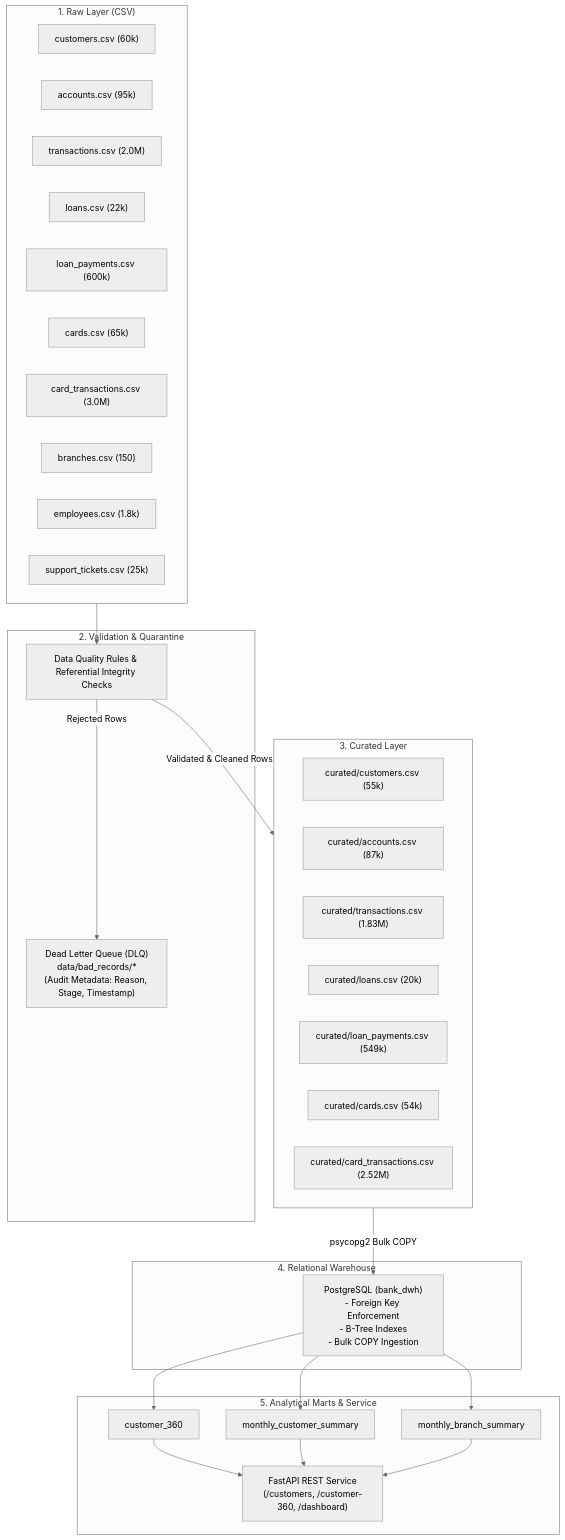
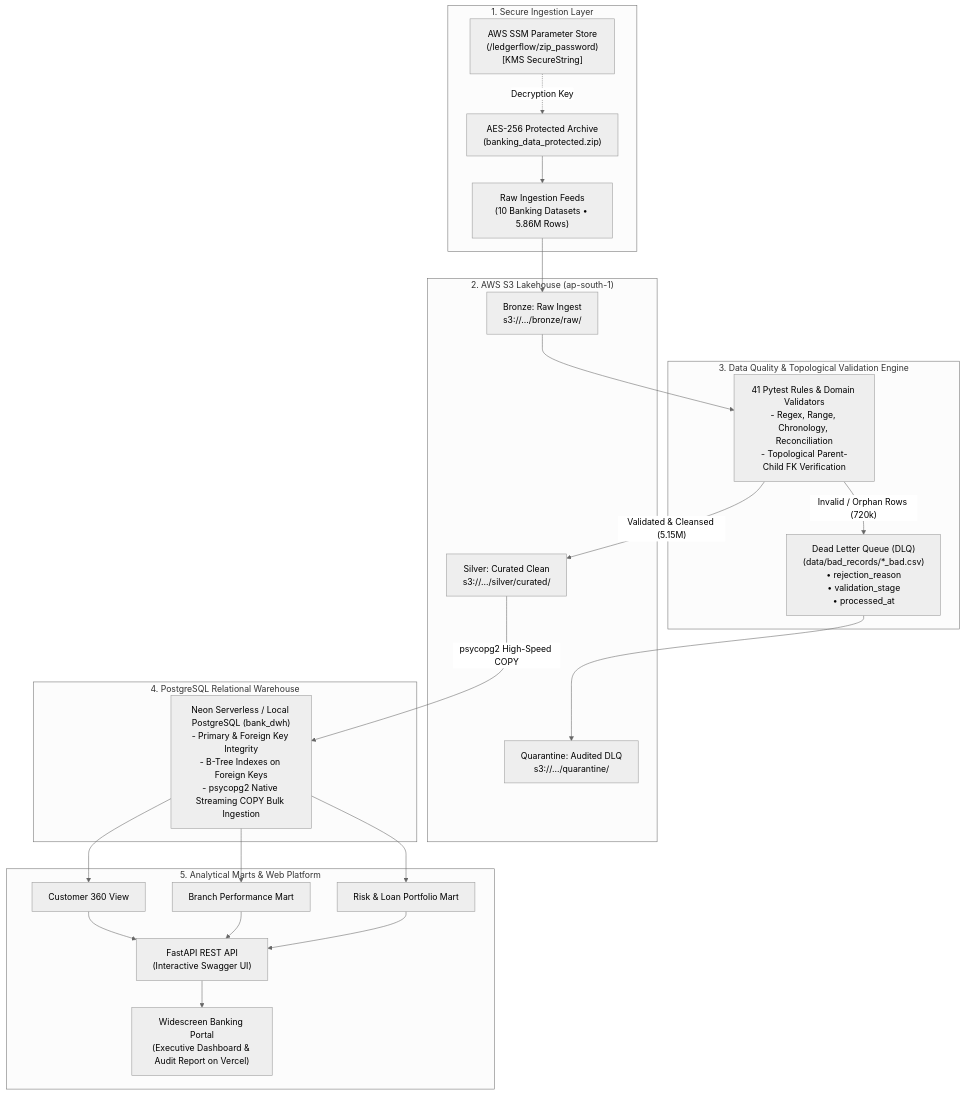
Before and after one commit to Spidey173/LedgerFlow: the diagram in README.md, drawn with Mermaid (neutral theme). The commit also changed other lines of this file and 1 other file, not shown here.

Commit message:
docs: overhaul README with fresher interview cheatsheet, AWS SSM security, and live portals

````diff
--- a/README.md
+++ b/README.md
@@ -54,50 +92,43 @@
 ```mermaid
 flowchart TD
-    subgraph L1["1. Raw Layer (CSV)"]
-        R1["customers.csv (60k)"]
-        R2["accounts.csv (95k)"]
-        R3["transactions.csv (2.0M)"]
-        R4["loans.csv (22k)"]
-        R5["loan_payments.csv (600k)"]
-        R6["cards.csv (65k)"]
-        R7["card_transactions.csv (3.0M)"]
-        R8["branches.csv (150)"]
-        R9["employees.csv (1.8k)"]
-        R10["support_tickets.csv (25k)"]
+    subgraph Ingestion["1. Secure Ingestion Layer"]
+        ZIP["AES-256 Protected Archive\n(banking_data_protected.zip)"]
+        SSM["AWS SSM Parameter Store\n(/ledgerflow/zip_password)\n[KMS SecureString]"]
+        RAW["Raw Ingestion Feeds\n(10 Banking Datasets • 5.86M Rows)"]
+        SSM -.->|Decryption Key| ZIP
+        ZIP --> RAW
     end
 
-    subgraph L2["2. Validation & Quarantine"]
-        V["Data Quality Rules & Referential Integrity Checks"]
-        DLQ["Dead Letter Queue (DLQ)\ndata/bad_records/*\n(Audit Metadata: Reason, Stage, Timestamp)"]
+    subgraph Lakehouse["2. AWS S3 Lakehouse (ap-south-1)"]
+        S3B["Bronze: Raw Ingest\ns3://.../bronze/raw/"]
+        S3S["Silver: Curated Clean\ns3://.../silver/curated/"]
+        S3Q["Quarantine: Audited DLQ\ns3://.../quarantine/"]
     end
 
-    subgraph L3["3. Curated Layer"]
-        C1["curated/customers.csv (55k)"]
-        C2["curated/accounts.csv (87k)"]
-        C3["curated/transactions.csv (1.83M)"]
-        C4["curated/loans.csv (20k)"]
-        C5["curated/loan_payments.csv (549k)"]
-        C6["curated/cards.csv (54k)"]
-        C7["curated/card_transactions.csv (2.52M)"]
+    subgraph Validation["3. Data Quality & Topological Validation Engine"]
+        VAL["41 Pytest Rules & Domain Validators\n- Regex, Range, Chronology, Reconciliation\n- Topological Parent-Child FK Verification"]
+        DLQ["Dead Letter Queue (DLQ)\n(data/bad_records/*_bad.csv)\n• rejection_reason\n• validation_stage\n• processed_at"]
     end
 
-    subgraph L4["4. Relational Warehouse"]
-        PG["PostgreSQL (bank_dwh)\n- Foreign Key Enforcement\n- B-Tree Indexes\n- Bulk COPY Ingestion"]
+    subgraph Warehouse["4. PostgreSQL Relational Warehouse"]
+        PG["Neon Serverless / Local PostgreSQL (bank_dwh)\n- Primary & Foreign Key Integrity\n- B-Tree Indexes on Foreign Keys\n- psycopg2 Native Streaming COPY Bulk Ingestion"]
     end
 
-    subgraph L5["5. Analytical Marts & Service"]
-        M1["customer_360"]
-        M2["monthly_customer_summary"]
-        M3["monthly_branch_summary"]
-        API["FastAPI REST Service\n(/customers, /customer-360, /dashboard)"]
+    subgraph Serving["5. Analytical Marts & Web Platform"]
+        M1["Customer 360 View"]
+        M2["Branch Performance Mart"]
+        M3["Risk & Loan Portfolio Mart"]
+        API["FastAPI REST API\n(Interactive Swagger UI)"]
+        WEB["Widescreen Banking Portal\n(Executive Dashboard & Audit Report on Vercel)"]
     end
 
-    L1 --> V
-    V -- Rejected Rows --> DLQ
-    V -- Validated & Cleaned Rows --> L3
-    L3 -->|psycopg2 Bulk COPY| PG
-    PG --> M1
-    PG --> M2
-    PG --> M3
+    RAW --> S3B
+    S3B --> VAL
+    VAL -- "Invalid / Orphan Rows (720k)" --> DLQ
+    DLQ --> S3Q
+    VAL -- "Validated & Cleansed (5.15M)" --> S3S
+    S3S -->|psycopg2 High-Speed COPY| PG
+    PG --> M1 & M2 & M3
     M1 & M2 & M3 --> API
+    API --> WEB
 ```
````
